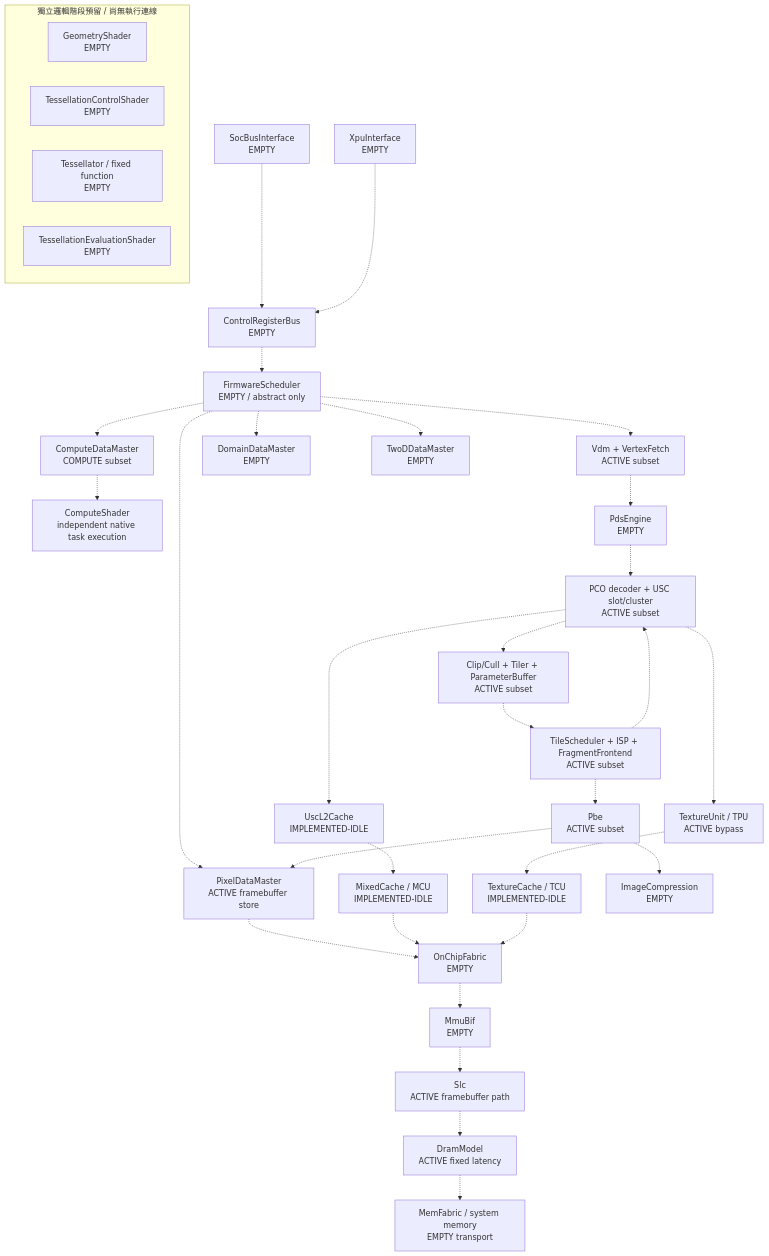
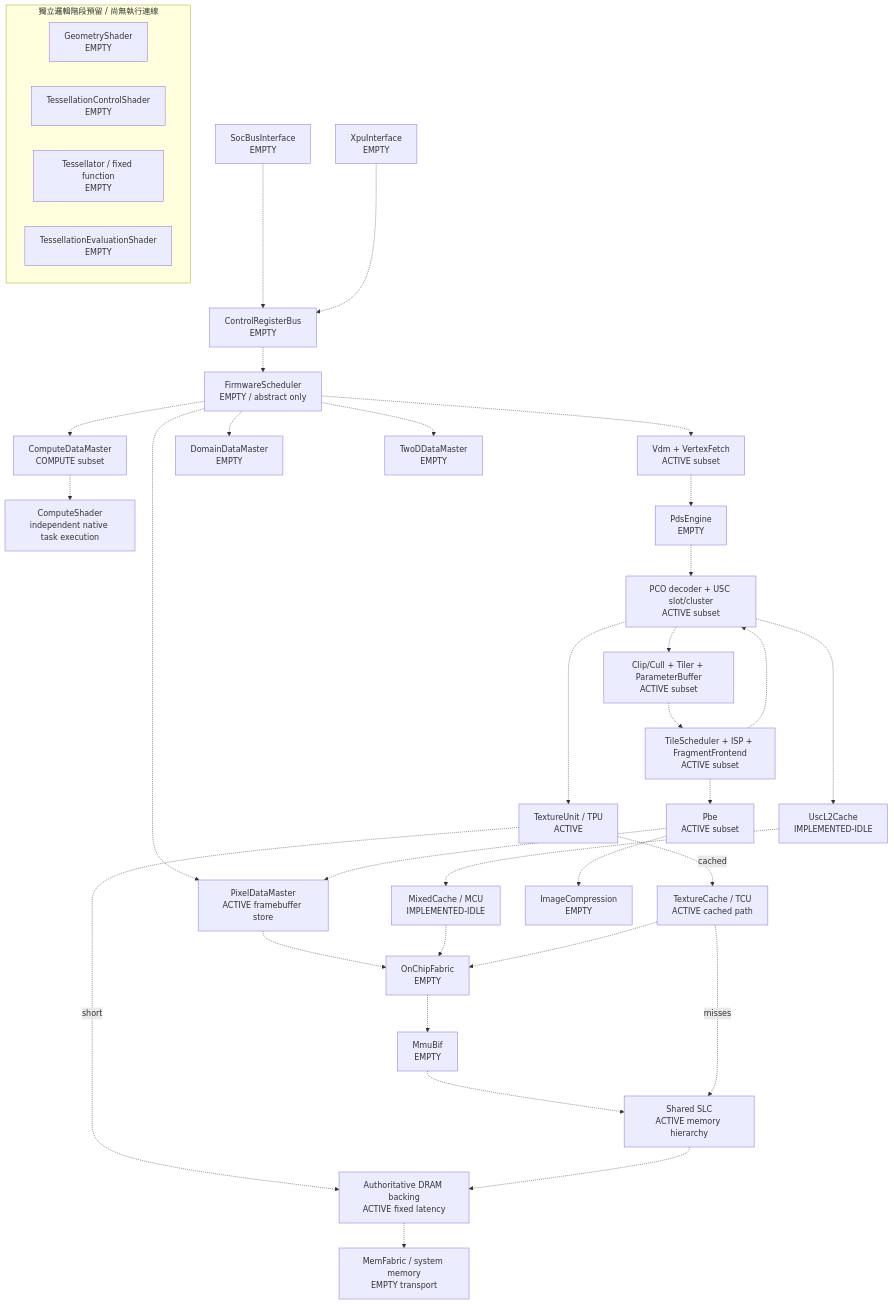
Before and after one commit to cclwylin/PvrGPU: the second of 3 diagrams in PvrGPU.md, drawn with Mermaid. The commit also changed other lines of this file and 62 other files, not shown here.

First line of the commit message:
Match llvmpipe colour store and add texture memory path selection

````diff
--- a/PvrGPU.md
+++ b/PvrGPU.md
@@ -379,40 +379,42 @@
 ```mermaid
 flowchart TB
     SOC[SocBusInterface\nEMPTY] -.-> CRB[ControlRegisterBus\nEMPTY]
     XPU[XpuInterface\nEMPTY] -.-> CRB
     CRB -.-> FW[FirmwareScheduler\nEMPTY / abstract only]
     FW -.-> VDM[Vdm + VertexFetch\nACTIVE subset]
     FW -.-> PDM[PixelDataMaster\nACTIVE framebuffer store]
     FW -.-> CDM[ComputeDataMaster\nCOMPUTE subset]
     CDM -.-> CS[ComputeShader\nindependent native task execution]
     FW -.-> DODM[DomainDataMaster\nEMPTY]
     FW -.-> DM2D[TwoDDataMaster\nEMPTY]
 
     subgraph RESERVED[獨立邏輯階段預留 / 尚無執行連線]
         GS[GeometryShader\nEMPTY]
         TCS[TessellationControlShader\nEMPTY]
         TESS[Tessellator / fixed function\nEMPTY]
         TES[TessellationEvaluationShader\nEMPTY]
     end
 
     VDM -.-> PDS[PdsEngine\nEMPTY]
     PDS -.-> USC[PCO decoder + USC slot/cluster\nACTIVE subset]
     USC -.-> GEO[Clip/Cull + Tiler + ParameterBuffer\nACTIVE subset]
     GEO -.-> FRAG[TileScheduler + ISP + FragmentFrontend\nACTIVE subset]
     FRAG -.-> USC
-    USC -.-> TPU[TextureUnit / TPU\nACTIVE bypass]
+    USC -.-> TPU[TextureUnit / TPU\nACTIVE]
     FRAG -.-> PBE[Pbe\nACTIVE subset]
     PBE -.-> PDM
 
     USC -.-> UL2[UscL2Cache\nIMPLEMENTED-IDLE]
     UL2 -.-> MCU[MixedCache / MCU\nIMPLEMENTED-IDLE]
-    TPU -.-> TCU[TextureCache / TCU\nIMPLEMENTED-IDLE]
+    TPU -. cached .-> TCU[TextureCache / TCU\nACTIVE cached path]
+    TPU -. short .-> DRAM
     PDM -.-> FAB[OnChipFabric\nEMPTY]
     MCU -.-> FAB
     TCU -.-> FAB
     FAB -.-> MMU[MmuBif\nEMPTY]
-    MMU -.-> SLC[Slc\nACTIVE framebuffer path]
-    SLC -.-> DRAM[DramModel\nACTIVE fixed latency]
+    MMU -.-> SLC[Shared SLC\nACTIVE memory hierarchy]
+    TCU -. misses .-> SLC
+    SLC -.-> DRAM[Authoritative DRAM backing\nACTIVE fixed latency]
     DRAM -.-> MEM[MemFabric / system memory\nEMPTY transport]
     PBE -.-> IC[ImageCompression\nEMPTY]
 ```
````
